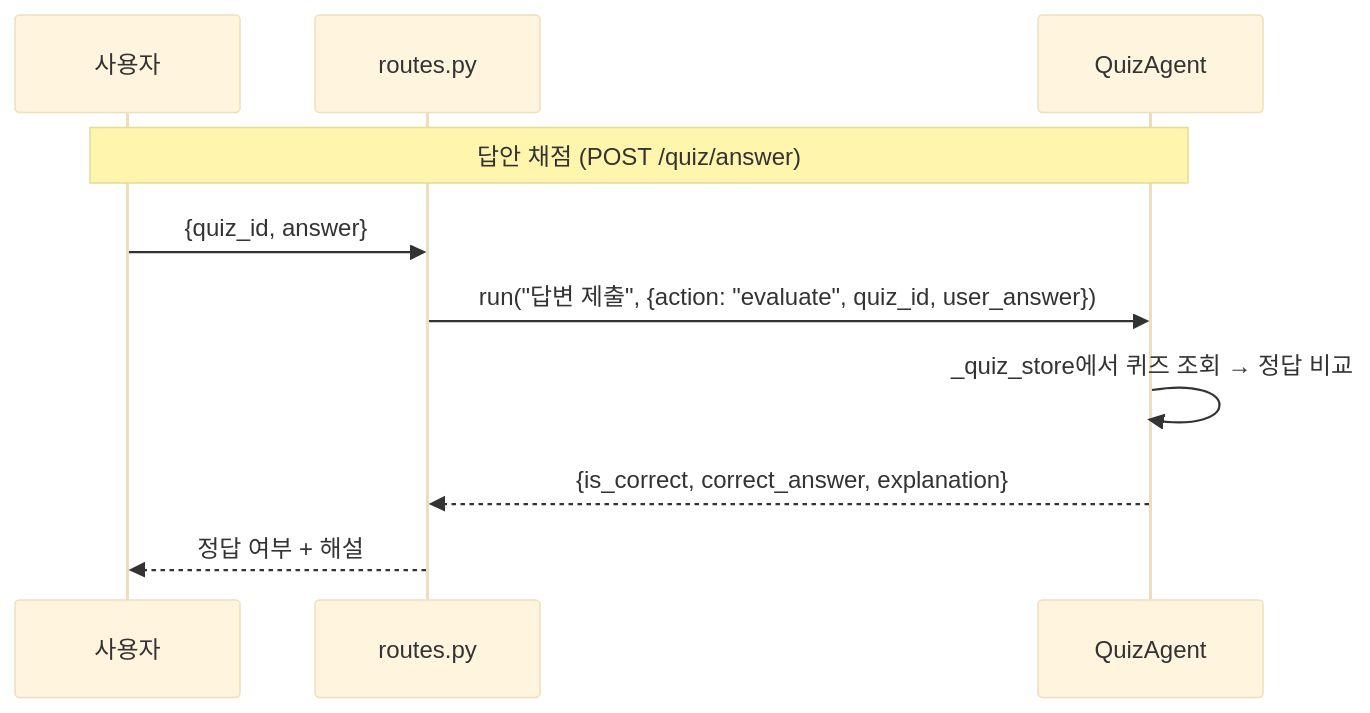
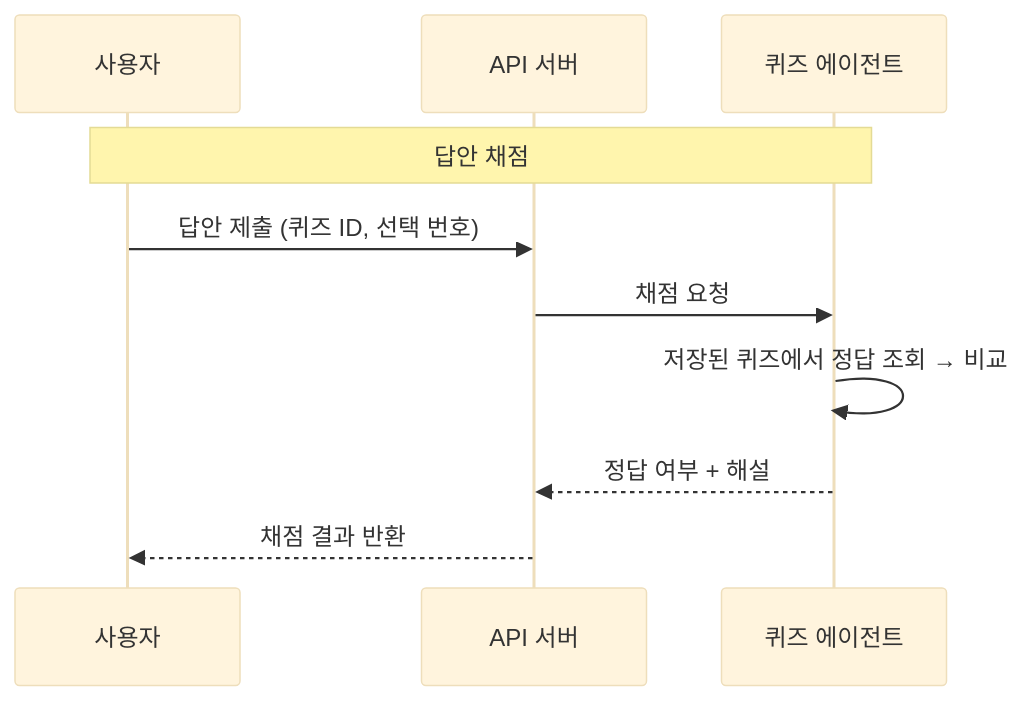
Before and after one commit to atozwizard/trade-onboarding-agent: the second of 3 diagrams in docs/Quiz, Eval agent 기획서.md, drawn with Mermaid (base theme). The commit also changed other lines of this file, not shown here.

Commit message:
docs: 기획서 다이어그램 용어 한국어로 변경

````diff
--- a/docs/Quiz, Eval agent 기획서.md
+++ b/docs/Quiz, Eval agent 기획서.md
@@ -85,13 +85,13 @@
 ```mermaid
 sequenceDiagram
-    participant U as 사용자
-    participant R as routes.py
-    participant Q as QuizAgent
+    participant 사용자
+    participant API서버 as API 서버
+    participant 퀴즈에이전트 as 퀴즈 에이전트
 
-    Note over U,Q: 답안 채점 (POST /quiz/answer)
-    U->>R: {quiz_id, answer}
-    R->>Q: run("답변 제출", {action: "evaluate", quiz_id, user_answer})
-    Q->>Q: _quiz_store에서 퀴즈 조회 → 정답 비교
-    Q-->>R: {is_correct, correct_answer, explanation}
-    R-->>U: 정답 여부 + 해설
+    Note over 사용자,퀴즈에이전트: 답안 채점
+    사용자->>API서버: 답안 제출 (퀴즈 ID, 선택 번호)
+    API서버->>퀴즈에이전트: 채점 요청
+    퀴즈에이전트->>퀴즈에이전트: 저장된 퀴즈에서 정답 조회 → 비교
+    퀴즈에이전트-->>API서버: 정답 여부 + 해설
+    API서버-->>사용자: 채점 결과 반환
 ```
````
